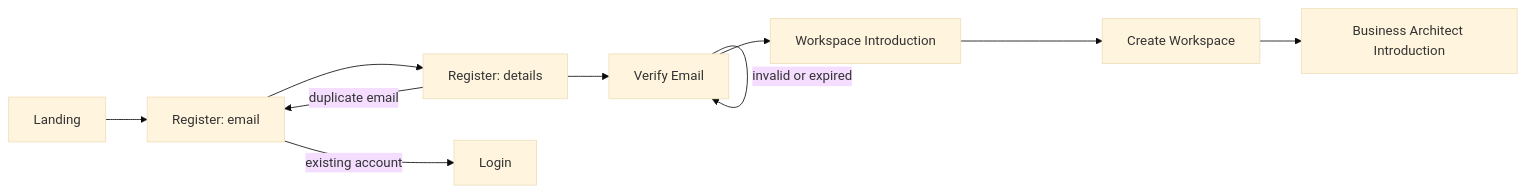
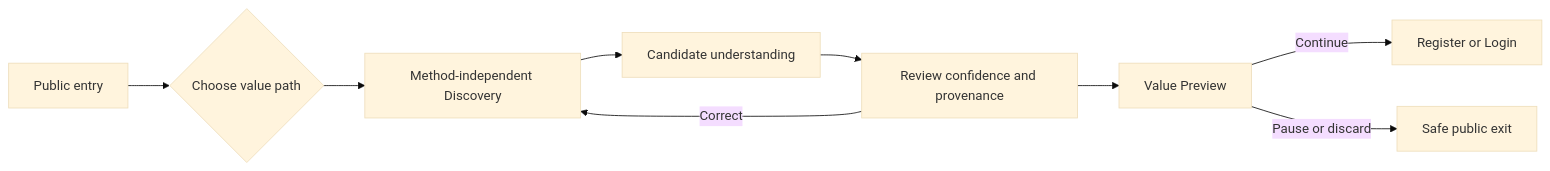
Before and after one commit to Mustafa-1993-commits/nexoraxs-v3: the first of 10 diagrams in docs/03-ui-ux/06-USER-FLOWS.md, drawn with Mermaid (base theme). The commit also changed other lines of this file and 23 other files, not shown here.

````diff
--- a/docs/03-ui-ux/06-USER-FLOWS.md
+++ b/docs/03-ui-ux/06-USER-FLOWS.md
@@ -36,12 +27,11 @@
 ```mermaid
 flowchart LR
-    A[Landing] --> B[Register: email]
-    B --> C[Register: details]
-    C --> D[Verify Email]
-    D --> E[Workspace Introduction]
-    E --> F[Create Workspace]
-    F --> G[Business Architect Introduction]
-    B -->|existing account| H[Login]
-    C -->|duplicate email| B
-    D -->|invalid or expired| D
+  A[Public entry] --> B{Choose value path}
+  B --> C[Method-independent Discovery]
+  C --> D[Candidate understanding]
+  D --> E[Review confidence and provenance]
+  E -->|Correct| C
+  E --> F[Value Preview]
+  F -->|Continue| G[Register or Login]
+  F -->|Pause or discard| H[Safe public exit]
 ```
````
